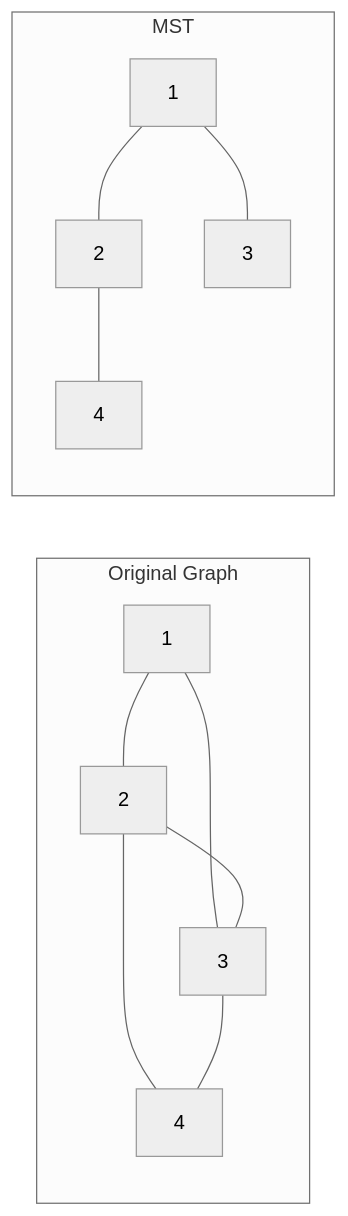
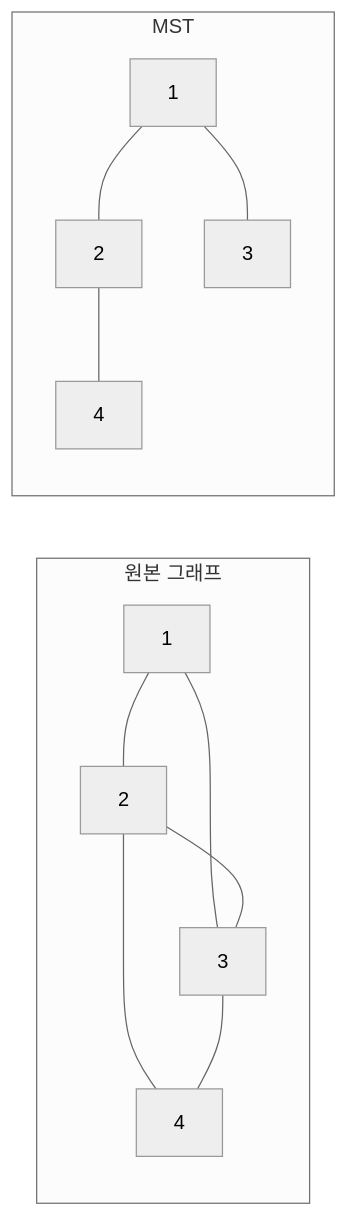
One commit to mandoobox/mandoobox.github.io changed the first of 3 diagrams in _posts/algorithm/2026-03-07-mst.md. Above: the diagram before and after it, drawn with Mermaid (neutral theme). The commit also changed other lines of this file and 24 other files, not shown here.

Commit message:
feat: mermaid kr

````diff
--- a/_posts/algorithm/2026-03-07-mst.md
+++ b/_posts/algorithm/2026-03-07-mst.md
@@ -44,15 +44,15 @@
 ```mermaid
 graph LR
-    subgraph "Original Graph"
+    subgraph "원본 그래프"
         A1["1"] --- B1["2"]
         A1 --- C1["3"]
         B1 --- C1
         B1 --- D1["4"]
         C1 --- D1
     end
     subgraph "MST"
         A2["1"] --- B2["2"]
         A2 --- C2["3"]
         B2 --- D2["4"]
     end
 ```
````
